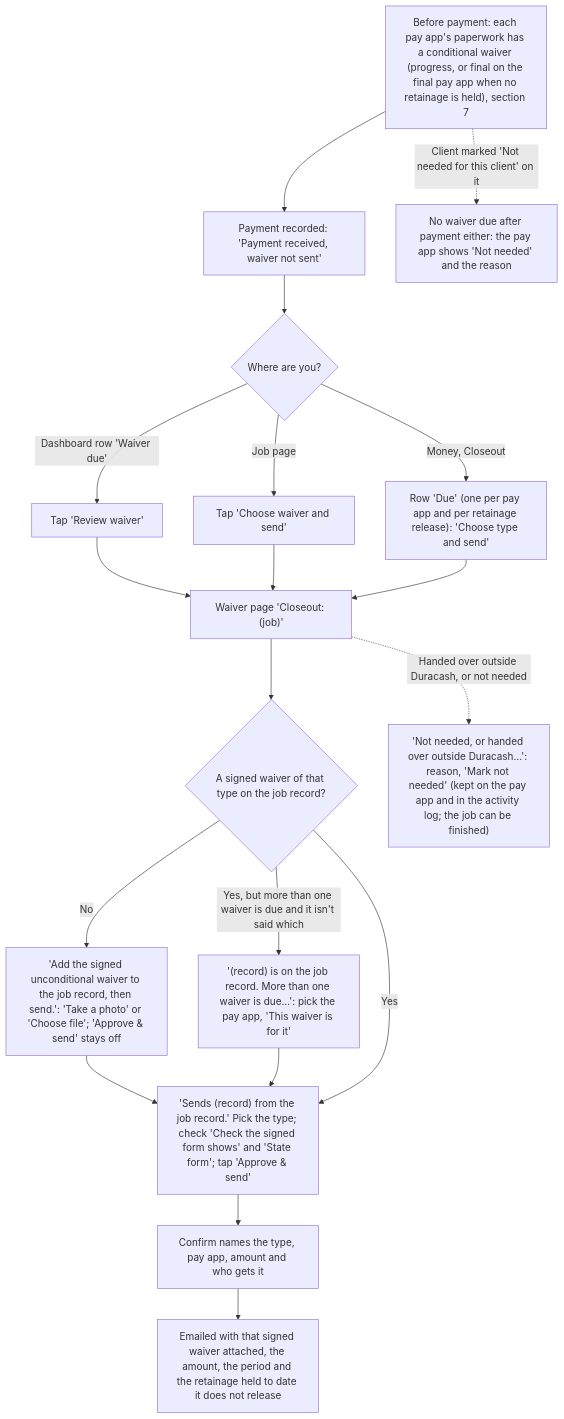
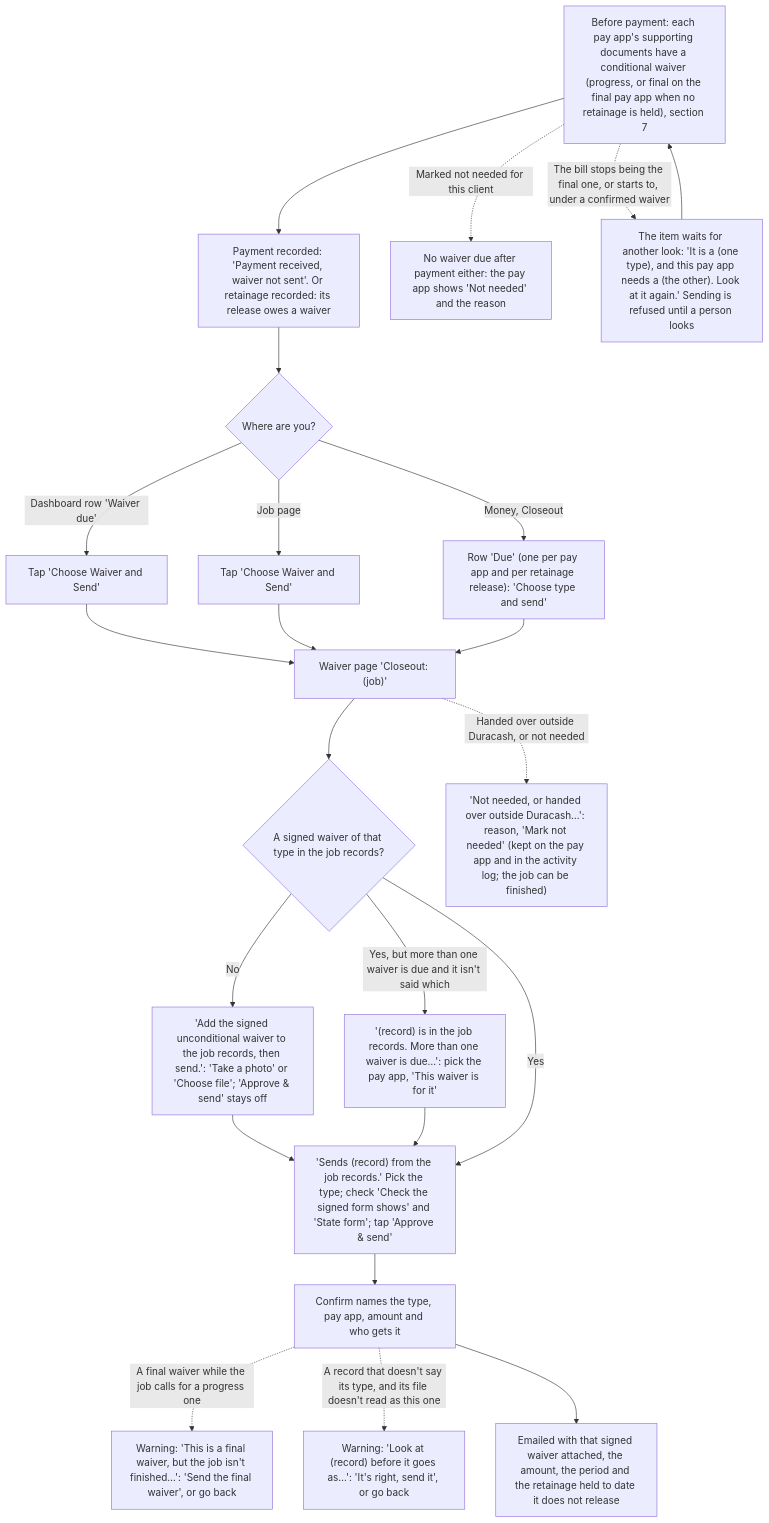
Before and after one commit to cartwrightstephen/billdable: diagram 11 of 18 in docs/client-flows.md, drawn with Mermaid. The commit also changed other lines of this file and 2 other files, not shown here.

First line of the commit message:
Docs brought up to the Nov 3 overhaul: flows, README, manual test

````diff
--- a/docs/client-flows.md
+++ b/docs/client-flows.md
@@ -440,21 +503,25 @@
 ```mermaid
 flowchart TD
-    A0["Before payment: each pay app's paperwork has a conditional waiver (progress, or final on the final pay app when no retainage is held), section 7"] --> A
-    A0 -.->|"Client marked 'Not needed for this client' on it"| AN["No waiver due after payment either: the pay app shows 'Not needed' and the reason"]
-    A["Payment recorded: 'Payment received, waiver not sent'"] --> B{"Where are you?"}
-    B -->|"Dashboard row 'Waiver due'"| C["Tap 'Review waiver'"]
-    B -->|"Job page"| C2["Tap 'Choose waiver and send'"]
+    A0["Before payment: each pay app's supporting documents have a conditional waiver (progress, or final on the final pay app when no retainage is held), section 7"] --> A
+    A0 -.->|"Marked not needed for this client"| AN["No waiver due after payment either: the pay app shows 'Not needed' and the reason"]
+    A0 -.->|"The bill stops being the final one, or starts to, under a confirmed waiver"| FL["The item waits for another look: 'It is a (one type), and this pay app needs a (the other). Look at it again.' Sending is refused until a person looks"]
+    FL --> A0
+    A["Payment recorded: 'Payment received, waiver not sent'. Or retainage recorded: its release owes a waiver"] --> B{"Where are you?"}
+    B -->|"Dashboard row 'Waiver due'"| C["Tap 'Choose Waiver and Send'"]
+    B -->|"Job page"| C2["Tap 'Choose Waiver and Send'"]
     B -->|"Money, Closeout"| C3["Row 'Due' (one per pay app and per retainage release): 'Choose type and send'"]
     C --> D["Waiver page 'Closeout: (job)'"]
     C2 --> D
     C3 --> D
-    D --> E{"A signed waiver of that type on the job record?"}
-    E -->|"No"| E1["'Add the signed unconditional waiver to the job record, then send.': 'Take a photo' or 'Choose file'; 'Approve & send' stays off"]
+    D --> E{"A signed waiver of that type in the job records?"}
+    E -->|"No"| E1["'Add the signed unconditional waiver to the job records, then send.': 'Take a photo' or 'Choose file'; 'Approve & send' stays off"]
     E1 --> F
-    E -->|"Yes, but more than one waiver is due and it isn't said which"| EW["'(record) is on the job record. More than one waiver is due…': pick the pay app, 'This waiver is for it'"]
+    E -->|"Yes, but more than one waiver is due and it isn't said which"| EW["'(record) is in the job records. More than one waiver is due…': pick the pay app, 'This waiver is for it'"]
     EW --> F
-    E -->|"Yes"| F["'Sends (record) from the job record.' Pick the type; check 'Check the signed form shows' and 'State form'; tap 'Approve & send'"]
+    E -->|"Yes"| F["'Sends (record) from the job records.' Pick the type; check 'Check the signed form shows' and 'State form'; tap 'Approve & send'"]
     D -.->|"Handed over outside Duracash, or not needed"| NN["'Not needed, or handed over outside Duracash…': reason, 'Mark not needed' (kept on the pay app and in the activity log; the job can be finished)"]
     F --> G["Confirm names the type, pay app, amount and who gets it"]
+    G -.->|"A final waiver while the job calls for a progress one"| GF["Warning: 'This is a final waiver, but the job isn't finished…': 'Send the final waiver', or go back"]
+    G -.->|"A record that doesn't say its type, and its file doesn't read as this one"| GL["Warning: 'Look at (record) before it goes as…': 'It's right, send it', or go back"]
     G --> I["Emailed with that signed waiver attached, the amount, the period and the retainage held to date it does not release"]
 ```
````
